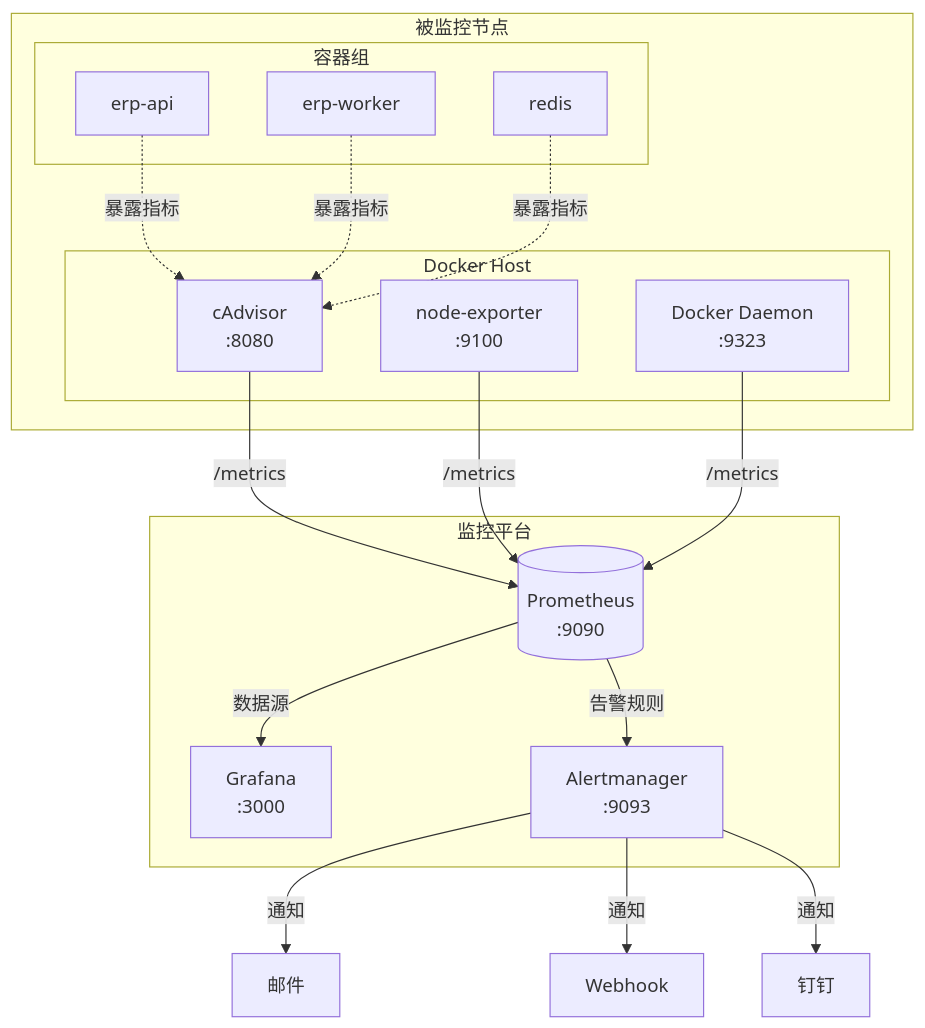
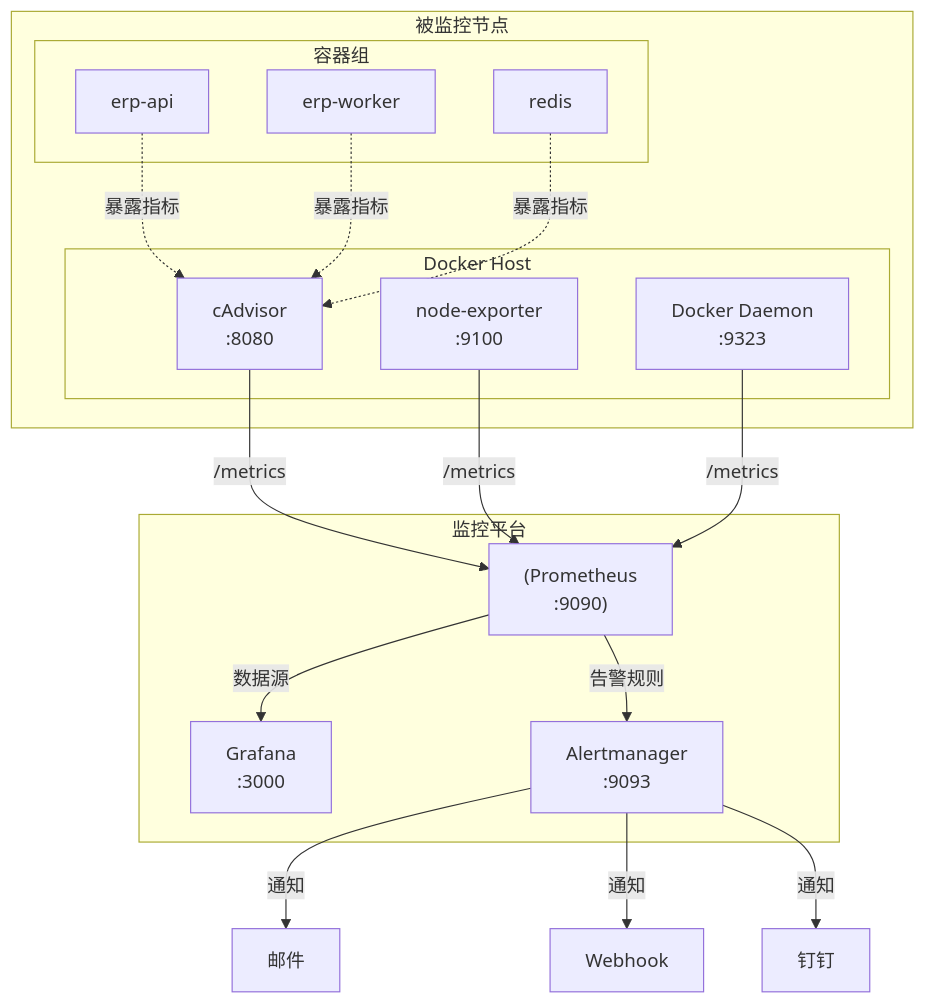
The third of 5 diagrams in src/运维与部署/Docker_K8s/03_Docker生产实战/02_容器监控与日志.md (moklgydocs/moklgydocs.github.io), drawn with Mermaid before and after one commit. The commit also changed other lines of this file and 178 other files, not shown here.

First line of the commit message:
fix: 修复 mermaid 图表语法错误 - 为含 <br/> 的标签添加引号、修复未闭合引号

````diff
--- a/src/运维与部署/Docker_K8s/03_Docker生产实战/02_容器监控与日志.md
+++ b/src/运维与部署/Docker_K8s/03_Docker生产实战/02_容器监控与日志.md
@@ -181,35 +181,35 @@
 ```mermaid
 graph TB
     subgraph "被监控节点"
         subgraph "Docker Host"
-            CA[cAdvisor<br/>:8080]
-            ND[node-exporter<br/>:9100]
-            DK[Docker Daemon<br/>:9323]
+            CA["cAdvisor<br/>:8080"]
+            ND["node-exporter<br/>:9100"]
+            DK["Docker Daemon<br/>:9323"]
         end
 
         subgraph "容器组"
             C1[erp-api]
             C2[erp-worker]
             C3[redis]
         end
     end
 
     subgraph "监控平台"
-        PROM[(Prometheus<br/>:9090)]
-        GF[Grafana<br/>:3000]
-        AM[Alertmanager<br/>:9093]
+        PROM["(Prometheus<br/>:9090)"]
+        GF["Grafana<br/>:3000"]
+        AM["Alertmanager<br/>:9093"]
     end
 
     CA -->|/metrics| PROM
     ND -->|/metrics| PROM
     DK -->|/metrics| PROM
     C1 -.->|暴露指标| CA
     C2 -.->|暴露指标| CA
     C3 -.->|暴露指标| CA
 
     PROM -->|数据源| GF
     PROM -->|告警规则| AM
     AM -->|通知| EMAIL[邮件]
     AM -->|通知| WEBHOOK[Webhook]
     AM -->|通知| DINGTALK[钉钉]
 ```
````
